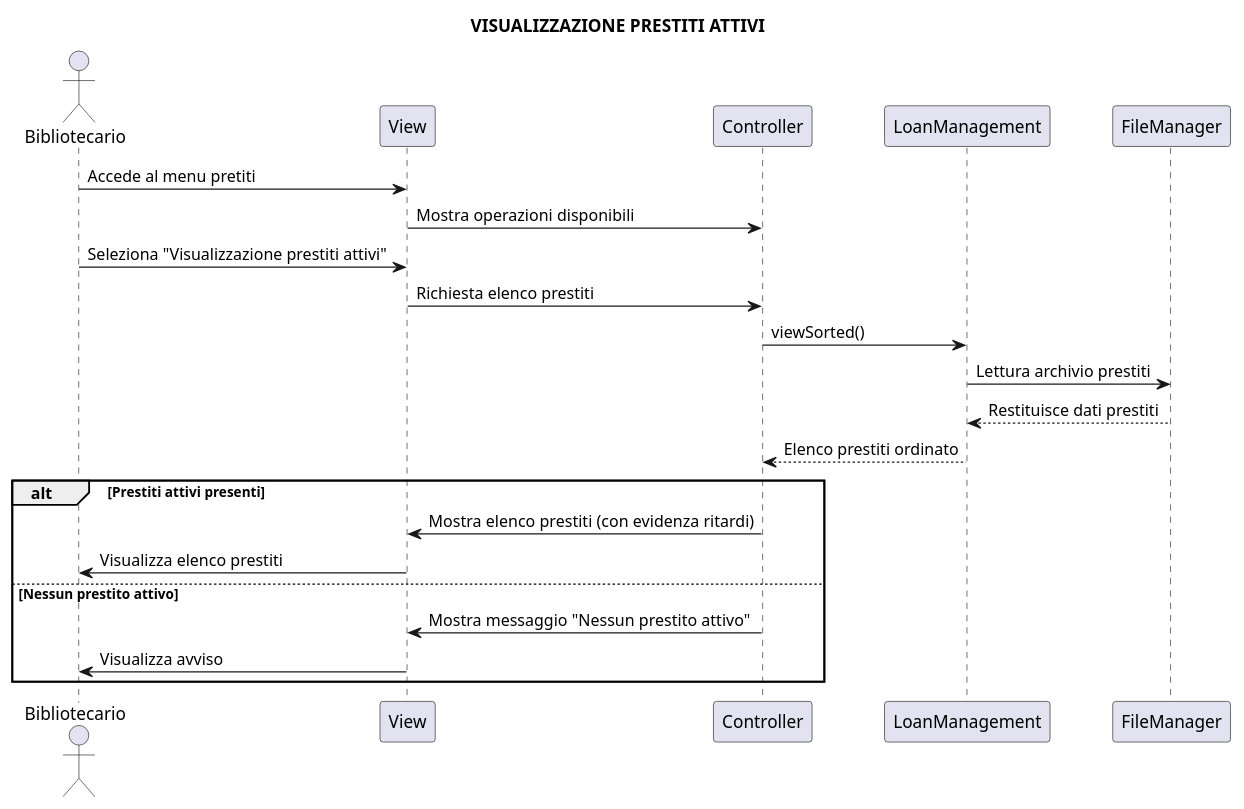
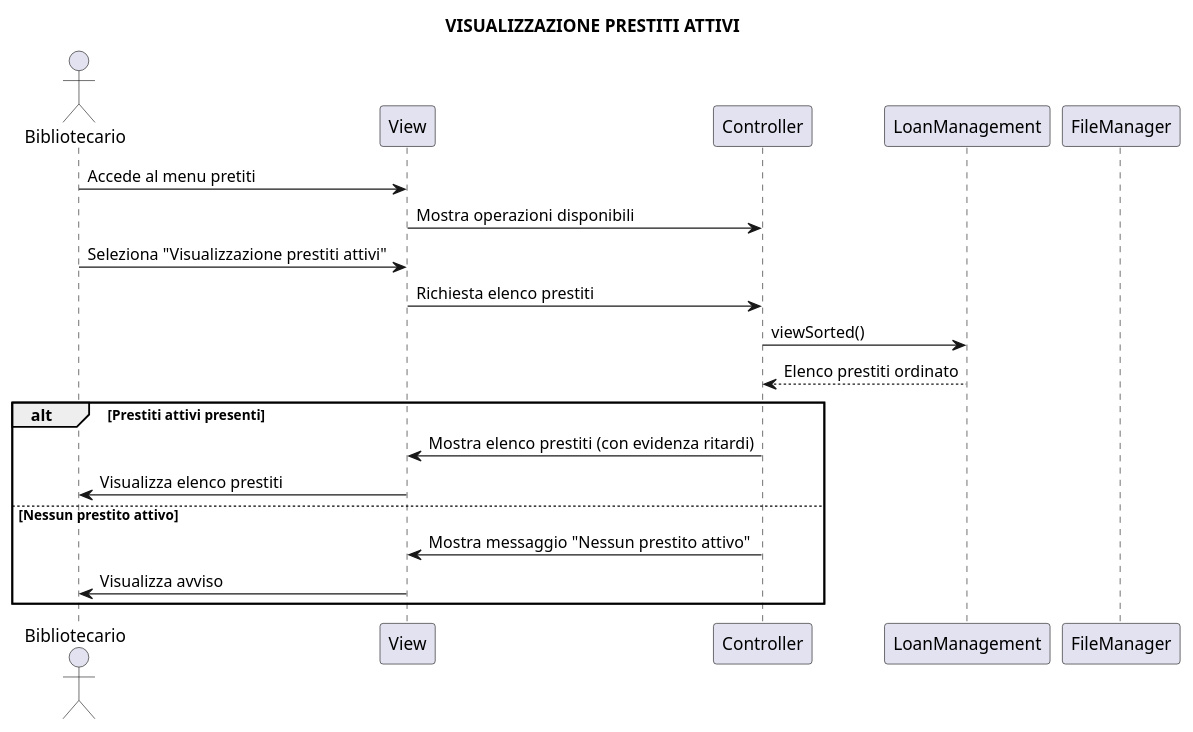
The diagram in gruppo14BibliotecaUniversitaria/uml/VisualizzazionePrestito.puml (brunooliva7/Project-Ingegneria-del-Software14), drawn with PlantUML before and after one commit. The commit also changed 10 other files, not shown here.

```diff
--- a/gruppo14BibliotecaUniversitaria/uml/VisualizzazionePrestito.puml
+++ b/gruppo14BibliotecaUniversitaria/uml/VisualizzazionePrestito.puml
@@ -1,26 +1,24 @@
 @startuml
 title VISUALIZZAZIONE PRESTITI ATTIVI
 
 actor Bibliotecario
 participant View
 participant Controller
 participant LoanManagement
 participant FileManager
 
 Bibliotecario -> View: Accede al menu pretiti
 View -> Controller: Mostra operazioni disponibili
 Bibliotecario -> View: Seleziona "Visualizzazione prestiti attivi"
 View -> Controller: Richiesta elenco prestiti
 Controller -> LoanManagement: viewSorted()
-LoanManagement -> FileManager: Lettura archivio prestiti
-FileManager --> LoanManagement: Restituisce dati prestiti
 LoanManagement --> Controller: Elenco prestiti ordinato
 
 alt Prestiti attivi presenti
     Controller -> View: Mostra elenco prestiti (con evidenza ritardi)
     View -> Bibliotecario: Visualizza elenco prestiti
 else Nessun prestito attivo
     Controller -> View: Mostra messaggio "Nessun prestito attivo"
     View -> Bibliotecario: Visualizza avviso
 end
 @enduml
```
